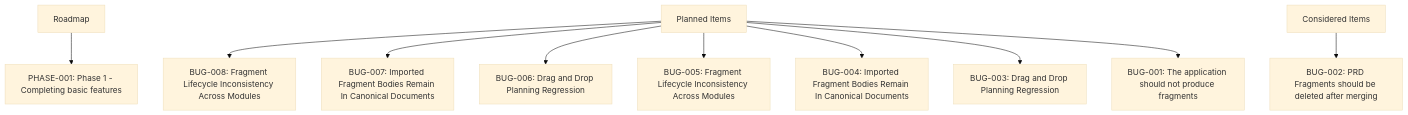
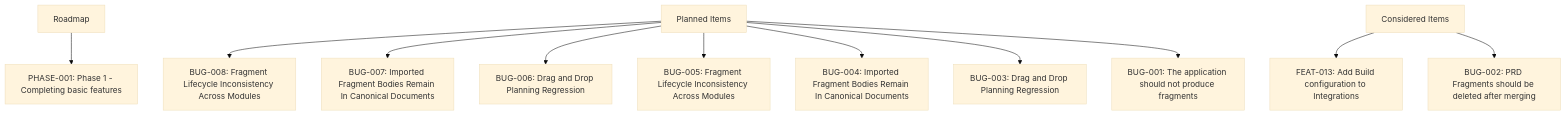
Before and after one commit to enabledtocreate/angels-desktop-project-manager: the diagram in docs/ROADMAP.md, drawn with Mermaid (base theme). The commit also changed other lines of this file and 62 other files, not shown here.

````diff
--- a/docs/ROADMAP.md
+++ b/docs/ROADMAP.md
@@ -530,15 +582,16 @@
 ```mermaid
 flowchart TD
   roadmap["Roadmap"]
   planned["Planned Items"]
   considered["Considered Items"]
   roadmap --> phase_phase_001["PHASE-001: Phase 1 - Completing basic features"]
   planned --> bug_bug_1775260498325_6ol1enm["BUG-008: Fragment Lifecycle Inconsistency Across Modules"]
   planned --> bug_bug_1775260497797_580tuqz["BUG-007: Imported Fragment Bodies Remain In Canonical Documents"]
   planned --> bug_bug_1775260497330_1iuegfh["BUG-006: Drag and Drop Planning Regression"]
   planned --> bug_bug_1775259007958_9e1v5uq["BUG-005: Fragment Lifecycle Inconsistency Across Modules"]
   planned --> bug_bug_1775259007507_oohx0ts["BUG-004: Imported Fragment Bodies Remain In Canonical Documents"]
   planned --> bug_bug_1775259006850_31h8czq["BUG-003: Drag and Drop Planning Regression"]
   planned --> bug_bug_1775007912160_wi58d94["BUG-001: The application should not produce fragments"]
+  considered --> feature_feature_1776794268106_3qu3rl4["FEAT-013: Add Build configuration to Integrations"]
   considered --> bug_bug_1774625378814_fscisc2["BUG-002: PRD Fragments should be deleted after merging"]
 ```
````
